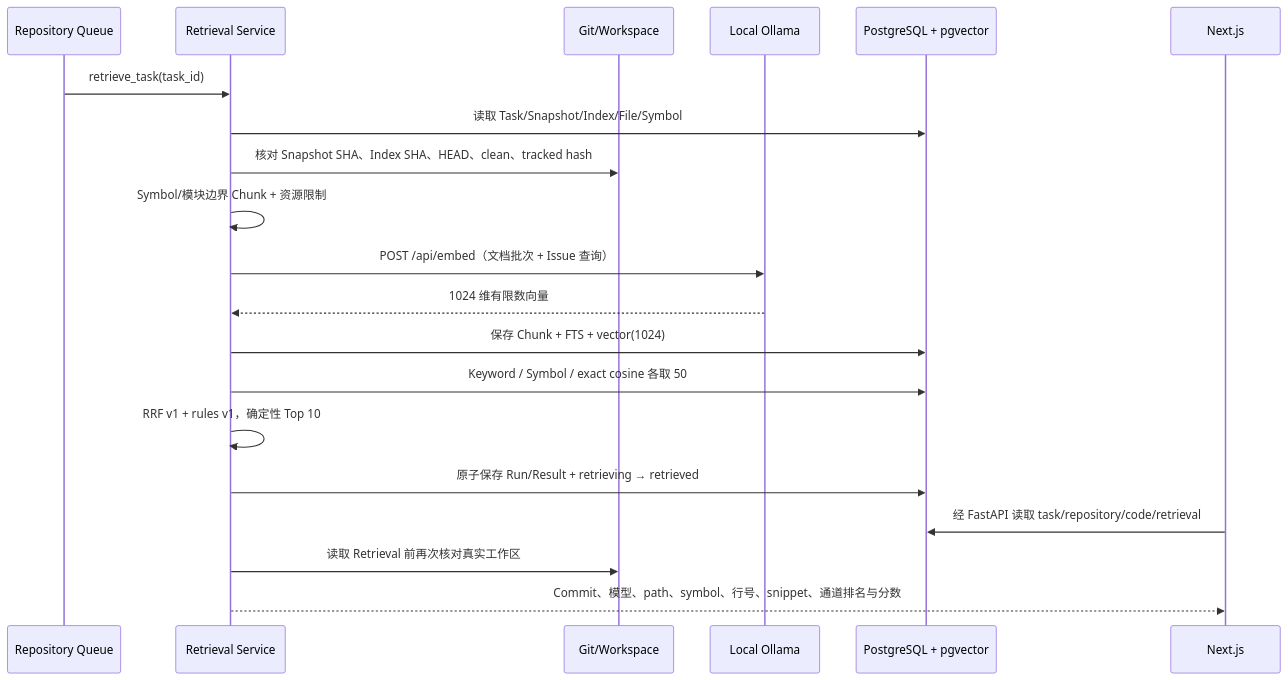
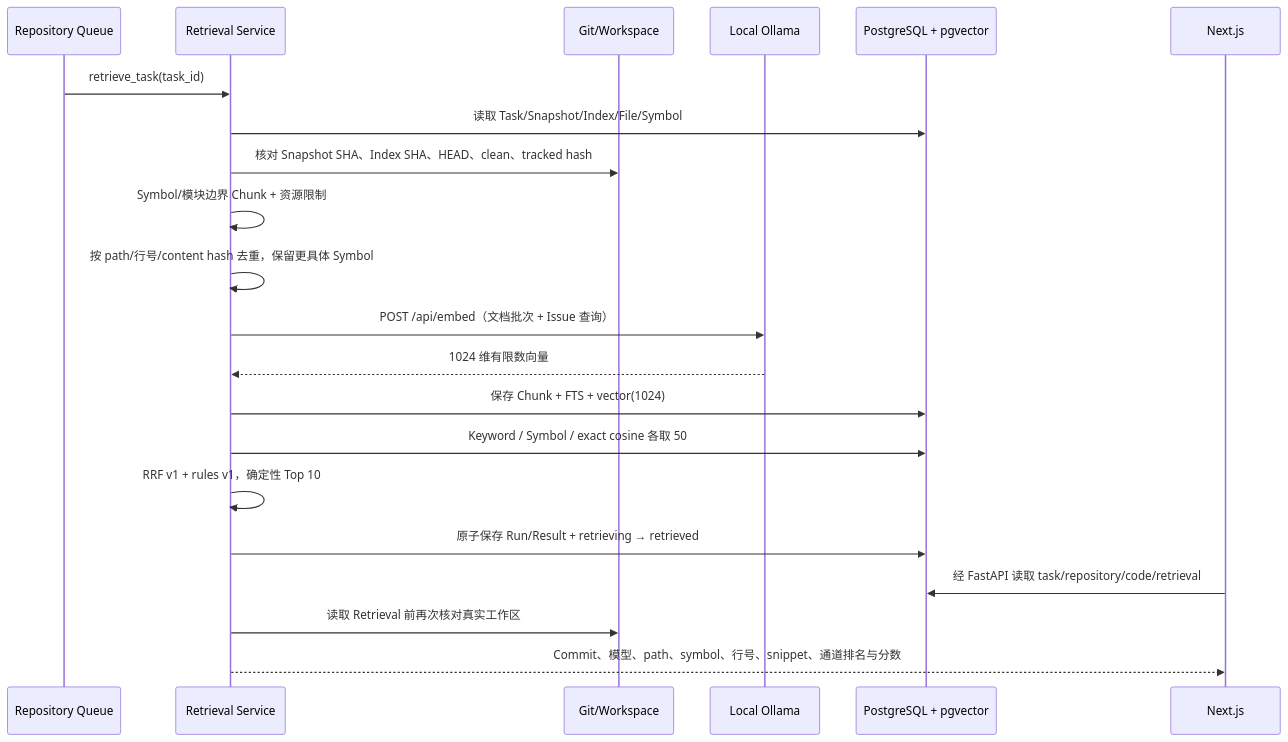
Before and after one commit to guiwenhui/IssuePilot: the fourth of 7 diagrams in docs/call-chains.md, drawn with Mermaid. The commit also changed other lines of this file and 67 other files, not shown here.

````diff
--- a/docs/call-chains.md
+++ b/docs/call-chains.md
@@ -128,23 +128,24 @@
 ```mermaid
 sequenceDiagram
     participant Queue as Repository Queue
     participant Service as Retrieval Service
     participant Git as Git/Workspace
     participant Ollama as Local Ollama
     participant DB as PostgreSQL + pgvector
     participant Web as Next.js
 
     Queue->>Service: retrieve_task(task_id)
     Service->>DB: 读取 Task/Snapshot/Index/File/Symbol
     Service->>Git: 核对 Snapshot SHA、Index SHA、HEAD、clean、tracked hash
     Service->>Service: Symbol/模块边界 Chunk + 资源限制
+    Service->>Service: 按 path/行号/content hash 去重，保留更具体 Symbol
     Service->>Ollama: POST /api/embed（文档批次 + Issue 查询）
     Ollama-->>Service: 1024 维有限数向量
     Service->>DB: 保存 Chunk + FTS + vector(1024)
     Service->>DB: Keyword / Symbol / exact cosine 各取 50
     Service->>Service: RRF v1 + rules v1，确定性 Top 10
     Service->>DB: 原子保存 Run/Result + retrieving → retrieved
     Web->>DB: 经 FastAPI 读取 task/repository/code/retrieval
     Service->>Git: 读取 Retrieval 前再次核对真实工作区
     Service-->>Web: Commit、模型、path、symbol、行号、snippet、通道排名与分数
 ```
````
